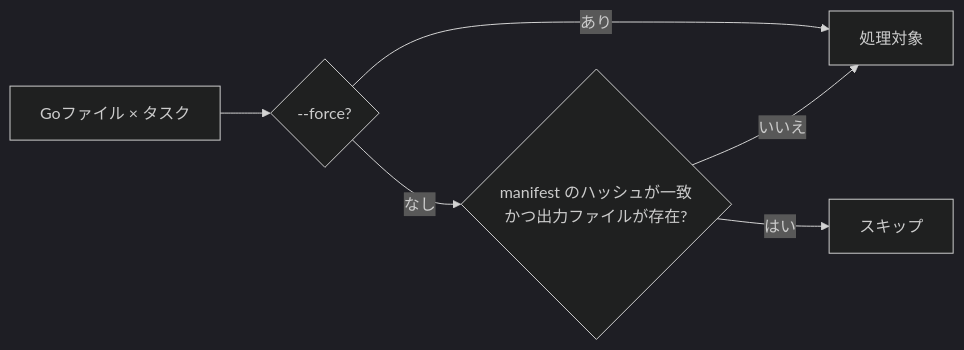
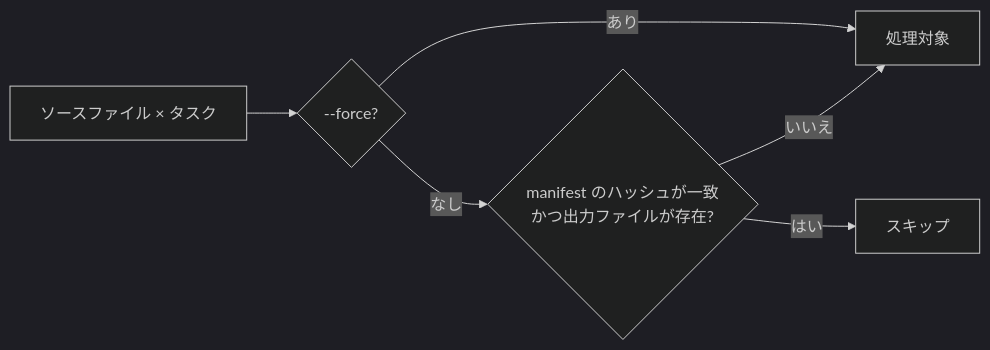
One commit to Hide369/Lang_Chain changed the second of 5 diagrams in docs/workflow.md. Above: the diagram before and after it, drawn with Mermaid (dark theme). The commit also changed other lines of this file and 2 other files, not shown here.

````diff
--- a/docs/workflow.md
+++ b/docs/workflow.md
@@ -56,8 +58,8 @@
 ```mermaid
 flowchart LR
-    f[Goファイル × タスク] --> force{--force?}
+    f[ソースファイル × タスク] --> force{--force?}
     force -->|あり| target[処理対象]
     force -->|なし| m{manifest のハッシュが一致<br/>かつ出力ファイルが存在?}
     m -->|はい| skip[スキップ]
     m -->|いいえ| target
 ```
````
